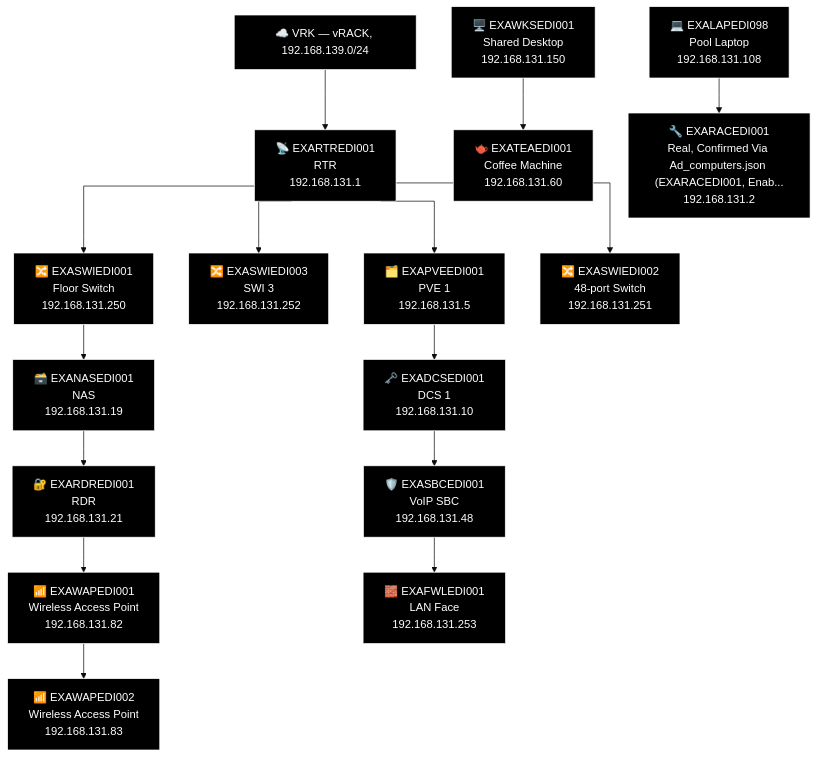
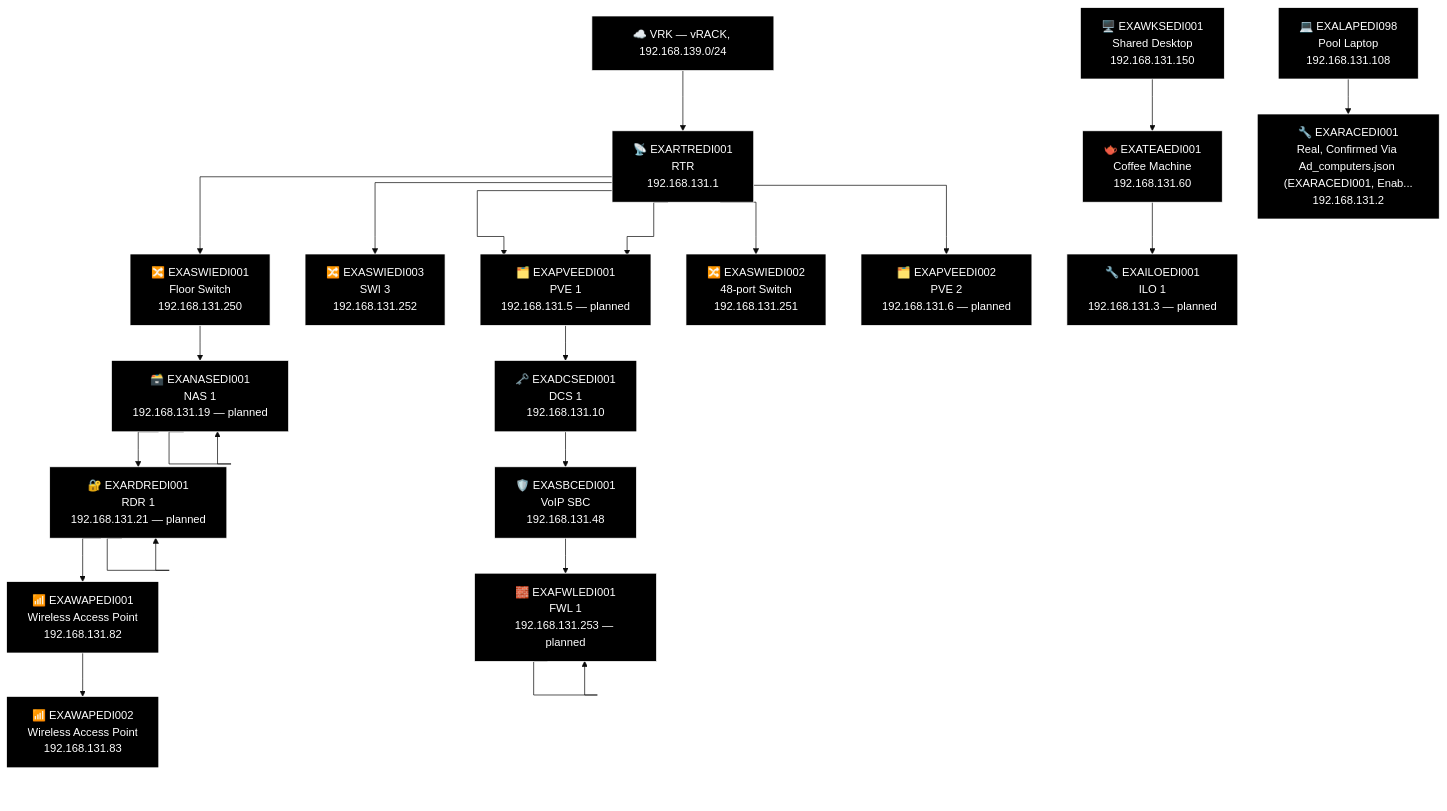
One commit to knightmare2600/example_music_infra changed the sixth of 21 diagrams in docs/network-diagram/scotland.md. Above: the diagram before and after it, drawn with Mermaid (base theme). The commit also changed other lines of this file and 12 other files, not shown here.

````diff
--- a/docs/network-diagram/scotland.md
+++ b/docs/network-diagram/scotland.md
@@ -432,49 +442,63 @@
 ```mermaid
 %% GENERATED:TOPOLOGY:EDI:START
 %%{init: {'flowchart': {'curve': 'stepAfter'}}}%%
 graph TD
     T_VRK["☁️ VRK — vRACK, 192.168.139.0/24"]
     T_RTR["📡 EXARTREDI001<br/>RTR<br/>192.168.131.1"]
     T_VRK --> T_RTR
     T_PVE["🗂️ EXAPVEEDI001<br/>PVE 1<br/>192.168.131.5"]
     T_RTR --> T_PVE
     T_SWI["🔀 EXASWIEDI003<br/>SWI 3<br/>192.168.131.252"]
     T_RTR --> T_SWI
     T_SWI2["🔀 EXASWIEDI001<br/>Floor Switch<br/>192.168.131.250"]
     T_RTR --> T_SWI2
     T_SWI3["🔀 EXASWIEDI002<br/>48-port Switch<br/>192.168.131.251"]
     T_RTR --> T_SWI3
+    T_PVE["🗂️ EXAPVEEDI001<br/>PVE 1<br/>192.168.131.5 — planned"]
+    T_RTR --> T_PVE
+    T_PVE2["🗂️ EXAPVEEDI002<br/>PVE 2<br/>192.168.131.6 — planned"]
+    T_RTR --> T_PVE2
     T_NAS["🗃️ EXANASEDI001<br/>NAS<br/>192.168.131.19"]
+    T_NAS["🗃️ EXANASEDI001<br/>NAS 1<br/>192.168.131.19 — planned"]
     T_RDR["🔐 EXARDREDI001<br/>RDR<br/>192.168.131.21"]
+    T_RDR["🔐 EXARDREDI001<br/>RDR 1<br/>192.168.131.21 — planned"]
     T_WAP["📶 EXAWAPEDI001<br/>Wireless Access Point<br/>192.168.131.82"]
     T_WAP2["📶 EXAWAPEDI002<br/>Wireless Access Point<br/>192.168.131.83"]
-    T_SWI2 --> T_NAS --> T_RDR --> T_WAP --> T_WAP2
+    T_SWI2 --> T_NAS --> T_NAS --> T_RDR --> T_RDR --> T_WAP --> T_WAP2
     T_DCS["🗝️ EXADCSEDI001<br/>DCS 1<br/>192.168.131.10"]
     T_SBC["🛡️ EXASBCEDI001<br/>VoIP SBC<br/>192.168.131.48"]
     T_FWL["🧱 EXAFWLEDI001<br/>LAN Face<br/>192.168.131.253"]
-    T_PVE --> T_DCS --> T_SBC --> T_FWL
+    T_FWL["🧱 EXAFWLEDI001<br/>FWL 1<br/>192.168.131.253 — planned"]
+    T_PVE --> T_DCS --> T_SBC --> T_FWL --> T_FWL
     T_WKS["🖥️ EXAWKSEDI001<br/>Shared Desktop<br/>192.168.131.150"]
     T_LAP["💻 EXALAPEDI098<br/>Pool Laptop<br/>192.168.131.108"]
     T_TEA["🫖 EXATEAEDI001<br/>Coffee Machine<br/>192.168.131.60"]
     T_RAC["🔧 EXARACEDI001<br/>Real, Confirmed Via Ad_computers.json (EXARACEDI001, Enab...<br/>192.168.131.2"]
-    T_WKS --> T_TEA
+    T_ILO["🔧 EXAILOEDI001<br/>ILO 1<br/>192.168.131.3 — planned"]
+    T_WKS --> T_TEA --> T_ILO
     T_LAP --> T_RAC
     style T_VRK fill:#000000,stroke:#FFFFFF,color:#FFFFFF
     style T_RTR fill:#000000,stroke:#FFFFFF,color:#FFFFFF
     style T_PVE fill:#000000,stroke:#FFFFFF,color:#FFFFFF
     style T_SWI fill:#000000,stroke:#FFFFFF,color:#FFFFFF
     style T_SWI2 fill:#000000,stroke:#FFFFFF,color:#FFFFFF
     style T_SWI3 fill:#000000,stroke:#FFFFFF,color:#FFFFFF
+    style T_PVE fill:#000000,stroke:#FFFFFF,color:#FFFFFF
+    style T_PVE2 fill:#000000,stroke:#FFFFFF,color:#FFFFFF
     style T_NAS fill:#000000,stroke:#FFFFFF,color:#FFFFFF
+    style T_NAS fill:#000000,stroke:#FFFFFF,color:#FFFFFF
+    style T_RDR fill:#000000,stroke:#FFFFFF,color:#FFFFFF
     style T_RDR fill:#000000,stroke:#FFFFFF,color:#FFFFFF
     style T_WAP fill:#000000,stroke:#FFFFFF,color:#FFFFFF
     style T_WAP2 fill:#000000,stroke:#FFFFFF,color:#FFFFFF
     style T_DCS fill:#000000,stroke:#FFFFFF,color:#FFFFFF
     style T_SBC fill:#000000,stroke:#FFFFFF,color:#FFFFFF
     style T_FWL fill:#000000,stroke:#FFFFFF,color:#FFFFFF
+    style T_FWL fill:#000000,stroke:#FFFFFF,color:#FFFFFF
     style T_WKS fill:#000000,stroke:#FFFFFF,color:#FFFFFF
     style T_LAP fill:#000000,stroke:#FFFFFF,color:#FFFFFF
     style T_TEA fill:#000000,stroke:#FFFFFF,color:#FFFFFF
     style T_RAC fill:#000000,stroke:#FFFFFF,color:#FFFFFF
+    style T_ILO fill:#000000,stroke:#FFFFFF,color:#FFFFFF
 %% GENERATED:TOPOLOGY:EDI:END
 ```
````
